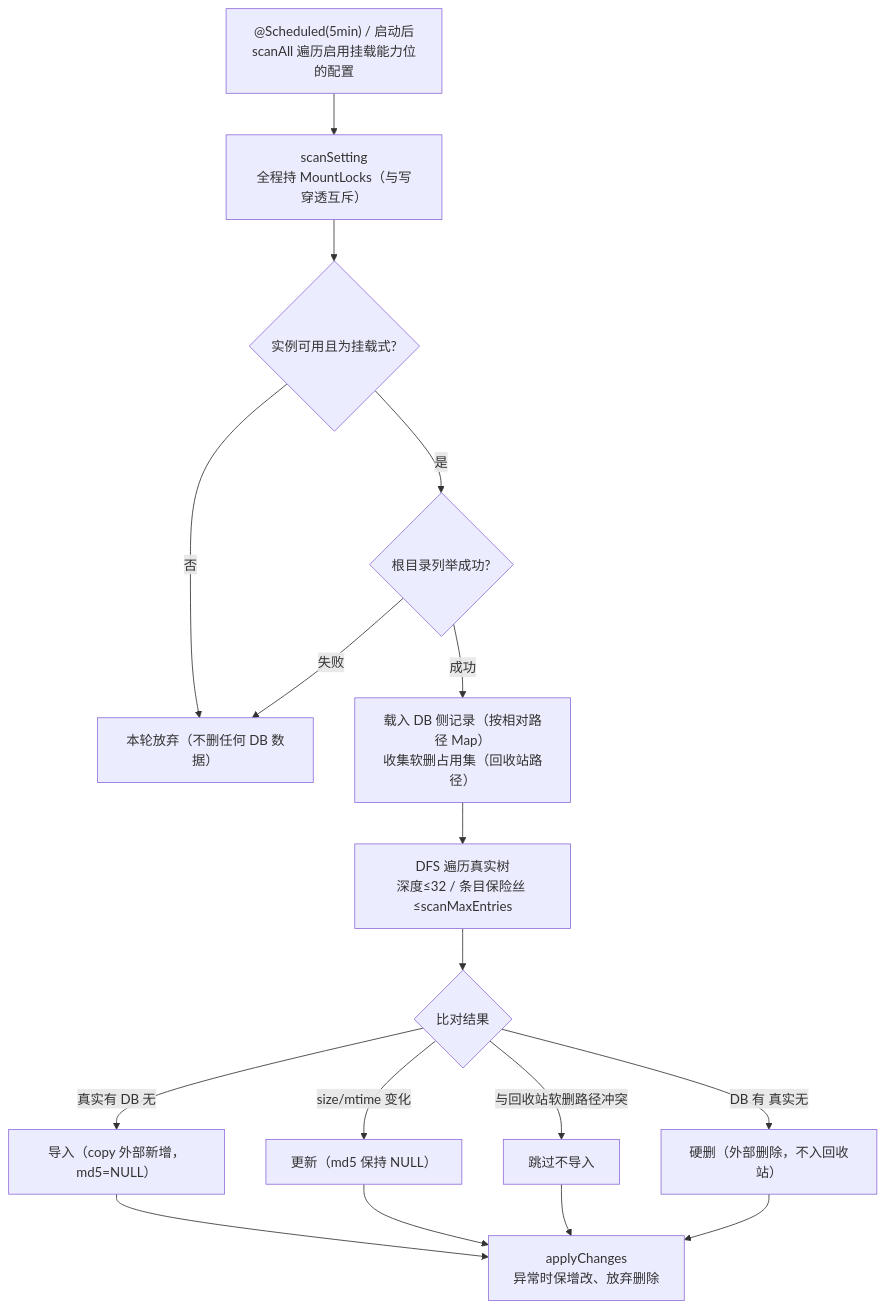
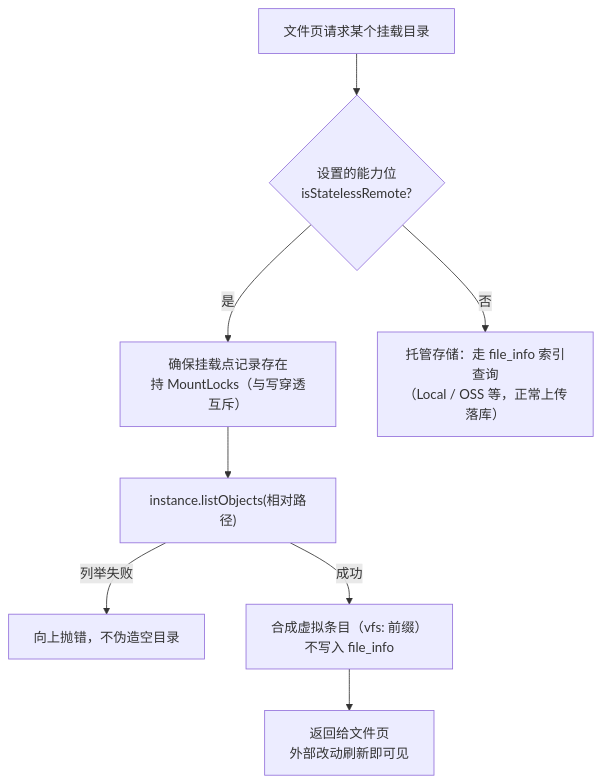
The second of 2 diagrams in doc/10-存储平台与配置设计.md (guangheUlti/gfs), drawn with Mermaid before and after one commit. The commit also changed other lines of this file and 6 other files, not shown here.

````diff
--- a/doc/10-存储平台与配置设计.md
+++ b/doc/10-存储平台与配置设计.md
@@ -112,19 +109,10 @@
 ```mermaid
 flowchart TD
-    A["@Scheduled(5min) / 启动后<br/>scanAll 遍历启用挂载能力位的配置"] --> B["scanSetting<br/>全程持 MountLocks（与写穿透互斥）"]
-    B --> C{"实例可用且为挂载式?"}
-    C -- 否 --> D[本轮放弃（不删任何 DB 数据）]
-    C -- 是 --> E{"根目录列举成功?"}
-    E -- 失败 --> D
-    E -- 成功 --> F["载入 DB 侧记录（按相对路径 Map）<br/>收集软删占用集（回收站路径）"]
-    F --> G["DFS 遍历真实树<br/>深度≤32 / 条目保险丝 ≤scanMaxEntries"]
-    G --> H{"比对结果"}
-    H -- 真实有 DB 无 --> I["导入（copy 外部新增，md5=NULL）"]
-    H -- size/mtime 变化 --> J["更新（md5 保持 NULL）"]
-    H -- 与回收站软删路径冲突 --> K[跳过不导入]
-    H -- DB 有 真实无 --> L["硬删（外部删除，不入回收站）"]
-    I --> M["applyChanges<br/>异常时保增改、放弃删除"]
-    J --> M
-    K --> M
-    L --> M
+    A["文件页请求某个挂载目录"] --> B{"设置的能力位<br/>isStatelessRemote?"}
+    B -- 是 --> C["确保挂载点记录存在<br/>持 MountLocks（与写穿透互斥）"]
+    C --> D["instance.listObjects(相对路径)"]
+    D -- 列举失败 --> E[向上抛错，不伪造空目录]
+    D -- 成功 --> F["合成虚拟条目（vfs: 前缀）<br/>不写入 file_info"]
+    F --> G["返回给文件页<br/>外部改动刷新即可见"]
+    B -- 否 --> H["托管存储：走 file_info 索引查询<br/>（Local / OSS 等，正常上传落库）"]
 ```
````
